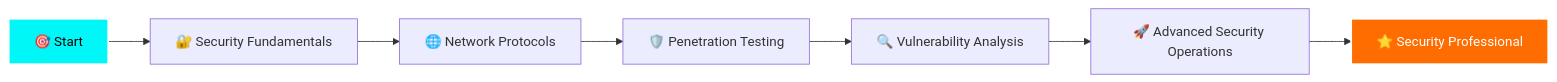
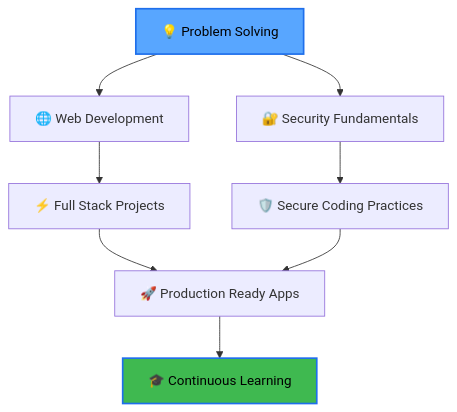
The diagram in README.md (vishalacharya09/vishalacharya09), drawn with Mermaid before and after one commit. The commit also changed other lines of this file, not shown here.

````diff
--- a/README.md
+++ b/README.md
@@ -147,12 +213,13 @@
 ```mermaid
-graph LR
-    A[🎯 Start] --> B[🔐 Security Fundamentals]
-    B --> C[🌐 Network Protocols]
-    C --> D[🛡️ Penetration Testing]
-    D --> E[🔍 Vulnerability Analysis]
-    E --> F[🚀 Advanced Security Operations]
-    F --> G[⭐ Security Professional]
+graph TB
+    A[💡 Problem Solving] --> B[🌐 Web Development]
+    A --> C[🔐 Security Fundamentals]
+    B --> D[⚡ Full Stack Projects]
+    C --> E[🛡️ Secure Coding Practices]
+    D --> F[🚀 Production Ready Apps]
+    E --> F
+    F --> G[🎓 Continuous Learning]
     
-    style A fill:#00F7F7,stroke:#fff,stroke-width:2px,color:#000
-    style G fill:#FF6D00,stroke:#fff,stroke-width:2px,color:#fff
+    style A fill:#58a6ff,stroke:#1f6feb,stroke-width:2px,color:#000
+    style G fill:#3fb950,stroke:#1f6feb,stroke-width:2px,color:#000
 ```
````
